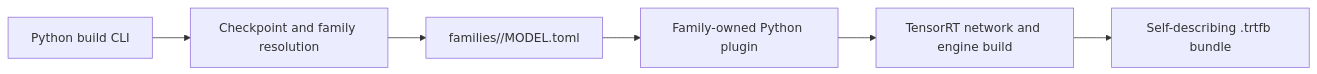
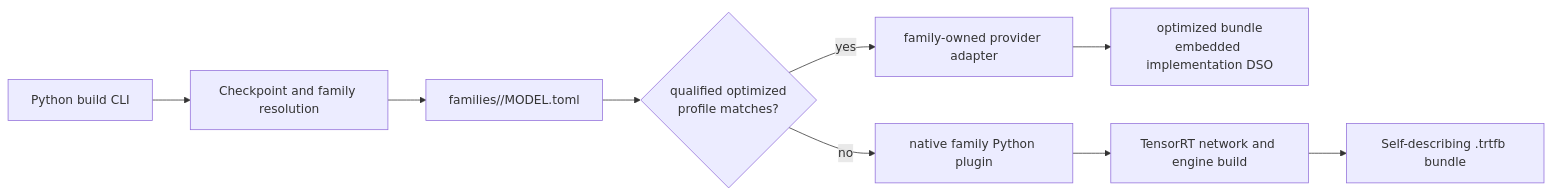
Before and after one commit to NVIDIA/TensorRT-Model-Connect: the first of 2 diagrams in website/docs/wiki/Architecture-Overview.md, drawn with Mermaid. The commit also changed other lines of this file and 76 other files, not shown here.

````diff
--- a/website/docs/wiki/Architecture-Overview.md
+++ b/website/docs/wiki/Architecture-Overview.md
@@ -7,8 +7,11 @@
 ```mermaid
 flowchart LR
   CLI["Python build CLI"] --> Resolver["Checkpoint and family resolution"]
   Resolver --> Descriptor["families/<family>/MODEL.toml"]
-  Descriptor --> Plugin["Family-owned Python plugin"]
+  Descriptor --> Route{"qualified optimized<br/>profile matches?"}
+  Route -->|yes| Adapter["family-owned provider adapter"]
+  Adapter --> Optimized["optimized bundle<br/>embedded implementation DSO"]
+  Route -->|no| Plugin["native family Python plugin"]
   Plugin --> Builder["TensorRT network and engine build"]
   Builder --> Bundle["Self-describing .trtfb bundle"]
 ```
````
